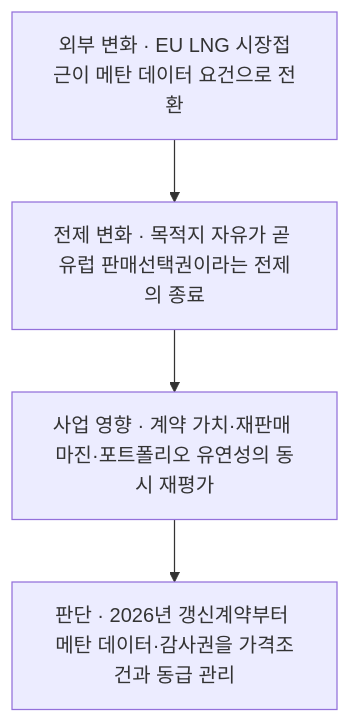
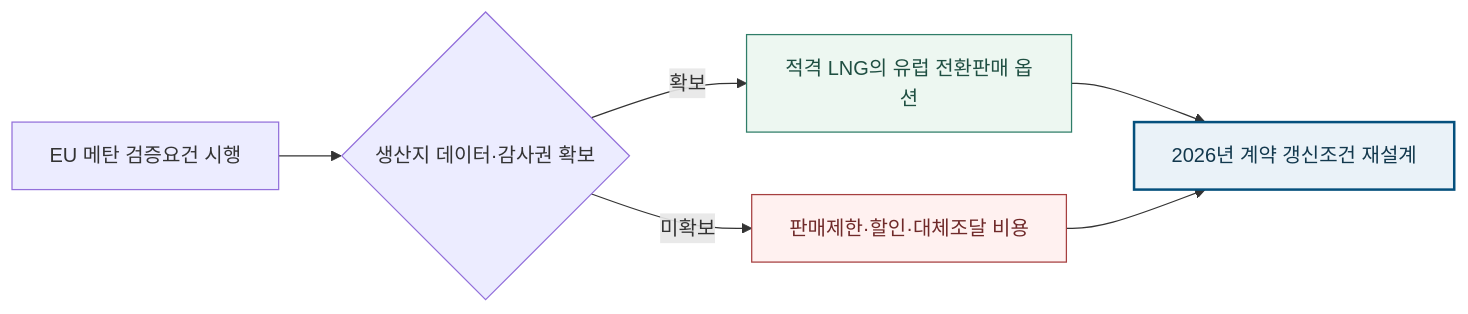
One commit to arik08/Steel_Tech_AI_Wiki changed the diagram in market-sensing-wiki/strategic-warnings/WRN-ENERGY-EU-METHANE-COMPLIANCE.md. Above: the diagram before and after it, drawn with Mermaid. The commit also changed other lines of this file and 16 other files, not shown here.

````diff
--- a/market-sensing-wiki/strategic-warnings/WRN-ENERGY-EU-METHANE-COMPLIANCE.md
+++ b/market-sensing-wiki/strategic-warnings/WRN-ENERGY-EU-METHANE-COMPLIANCE.md
@@ -47,8 +47,20 @@
 ```mermaid
-flowchart TB
-    A["외부 변화 · EU LNG 시장접근이 메탄 데이터 요건으로 전환"]
-    B["전제 변화 · 목적지 자유가 곧 유럽 판매선택권이라는 전제의 종료"]
-    C["사업 영향 · 계약 가치·재판매 마진·포트폴리오 유연성의 동시 재평가"]
-    D["판단 · 2026년 갱신계약부터 메탄 데이터·감사권을 가격조건과 동급 관리"]
-    A --> B --> C --> D
+flowchart LR
+    A["EU 메탄 검증요건 시행"]
+    B{"생산지 데이터·감사권 확보"}
+    C["적격 LNG의 유럽 전환판매 옵션"]
+    D["판매제한·할인·대체조달 비용"]
+    E["2026년 계약 갱신조건 재설계"]
+    A --> B
+    B -->|확보| C
+    B -->|미확보| D
+    C --> E
+    D --> E
+    classDef opportunity fill:#edf7f1,stroke:#2f7d68,color:#1f4f42
+    classDef risk fill:#fff1f0,stroke:#a63f3f,color:#6f2929
+    classDef decision fill:#eaf2f8,stroke:#05507d,color:#12384d,stroke-width:2px
+    classDef action fill:#f4f6f8,stroke:#68727d,color:#303841
+    class C opportunity
+    class D risk
+    class E decision
 ```
````
